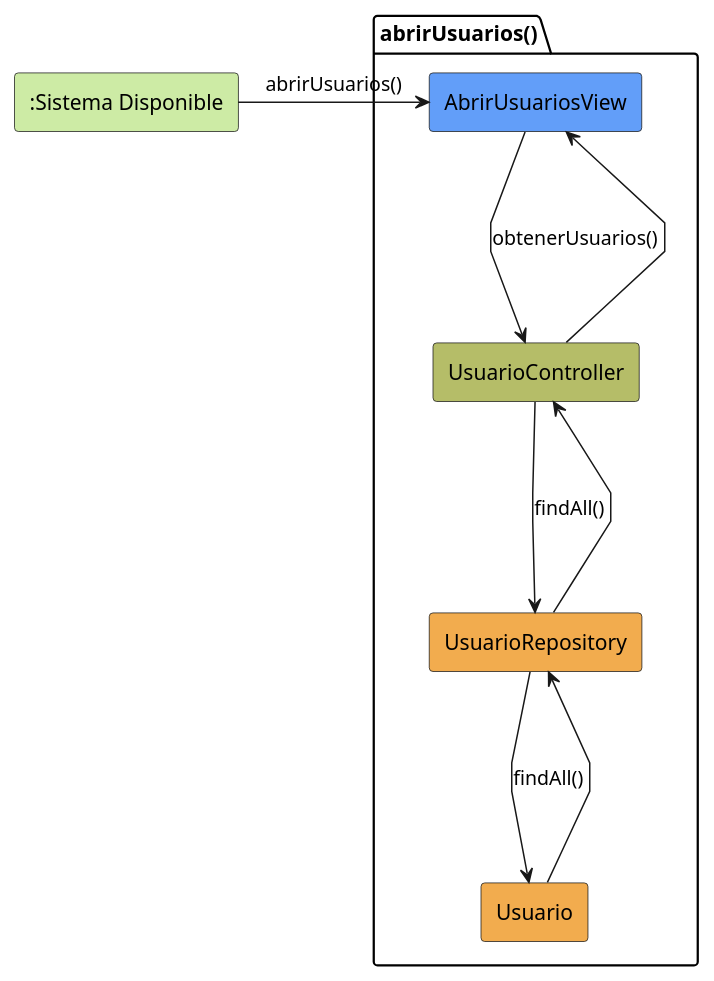
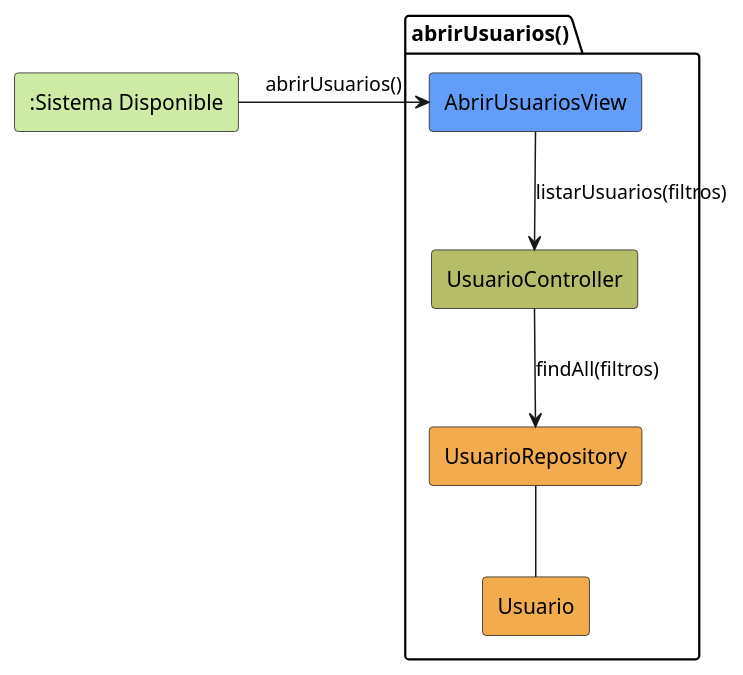
One commit to jerdier/25-26-idsw2-sdVC changed the diagram in modelosUML/analisis/abrirUsuarios/colaboracion.puml. Above: the diagram before and after it, drawn with PlantUML. The commit also changed 83 other files, not shown here.

```diff
--- a/modelosUML/analisis/abrirUsuarios/colaboracion.puml
+++ b/modelosUML/analisis/abrirUsuarios/colaboracion.puml
@@ -1,20 +1,17 @@
 @startuml abrirUsuarios-analisis
 skinparam linetype polyline
 
 rectangle #CDEBA5 ":Sistema Disponible" as SistemaDisponible
 
 package abrirUsuarios as "abrirUsuarios()" {
     rectangle #629EF9 AbrirUsuariosView
     rectangle #b5bd68 UsuarioController
     rectangle #F2AC4E UsuarioRepository
     rectangle #F2AC4E Usuario
 }
 
 SistemaDisponible -r-> AbrirUsuariosView: abrirUsuarios()
-AbrirUsuariosView -d-> UsuarioController: obtenerUsuarios()
-UsuarioController -d-> UsuarioRepository: findAll()
-UsuarioRepository -d-> Usuario: findAll()
-Usuario --u-> UsuarioRepository
-UsuarioRepository --u-> UsuarioController
-UsuarioController --u-> AbrirUsuariosView
+AbrirUsuariosView -d-> UsuarioController: listarUsuarios(filtros)
+UsuarioController --> UsuarioRepository: findAll(filtros)
+UsuarioRepository -- Usuario
 @enduml
```
